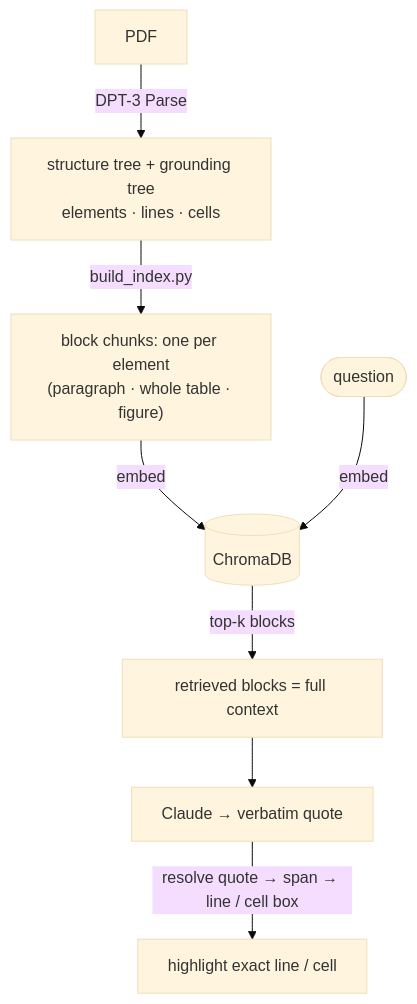
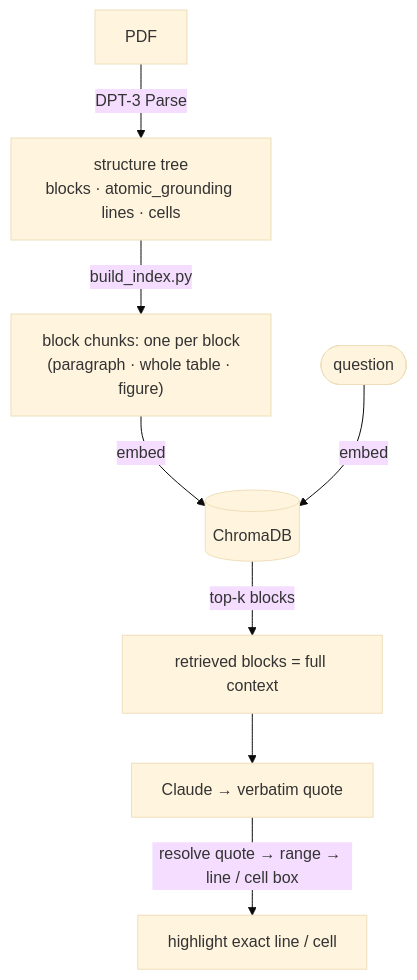
One commit to landing-ai/ade-sample-projects changed the diagram in Applications/RAG Application using DPT-3 Hierarchical Parsing Model/README.md. Above: the diagram before and after it, drawn with Mermaid (base theme). The commit also changed other lines of this file and 3 other files, not shown here.

First line of the commit message:
Update Verifiable RAG app for Parse v2 inline grounding

````diff
--- a/Applications/RAG Application using DPT-3 Hierarchical Parsing Model/README.md
+++ b/Applications/RAG Application using DPT-3 Hierarchical Parsing Model/README.md
@@ -28,10 +47,10 @@
 ```mermaid
 flowchart TD
-    A[PDF] -->|DPT-3 Parse| B["structure tree + grounding tree<br/>elements · lines · cells"]
-    B -->|build_index.py| C["block chunks: one per element<br/>(paragraph · whole table · figure)"]
+    A[PDF] -->|DPT-3 Parse| B["structure tree<br/>blocks · atomic_grounding lines · cells"]
+    B -->|build_index.py| C["block chunks: one per block<br/>(paragraph · whole table · figure)"]
     C -->|embed| D[(ChromaDB)]
     Q([question]) -->|embed| D
     D -->|top-k blocks| E["retrieved blocks = full context"]
     E --> F["Claude → verbatim quote"]
-    F -->|resolve quote → span → line / cell box| G["highlight exact line / cell"]
+    F -->|resolve quote → range → line / cell box| G["highlight exact line / cell"]
 ```
````
